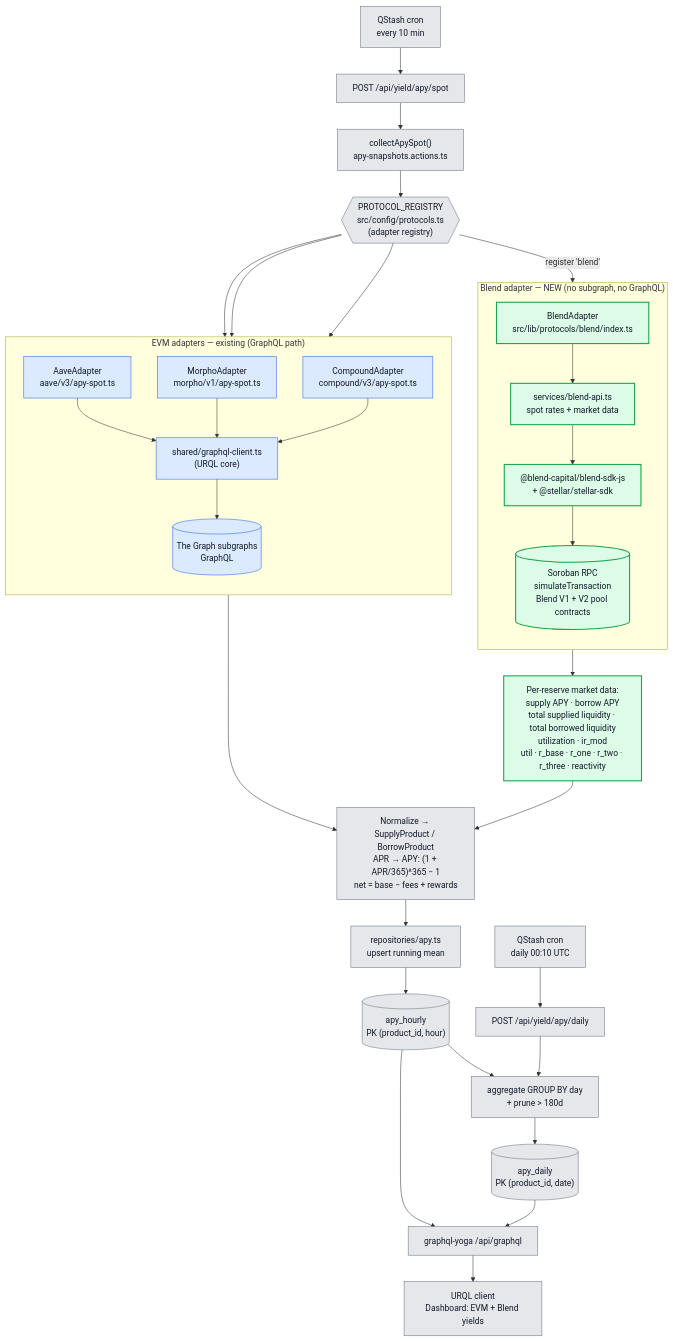
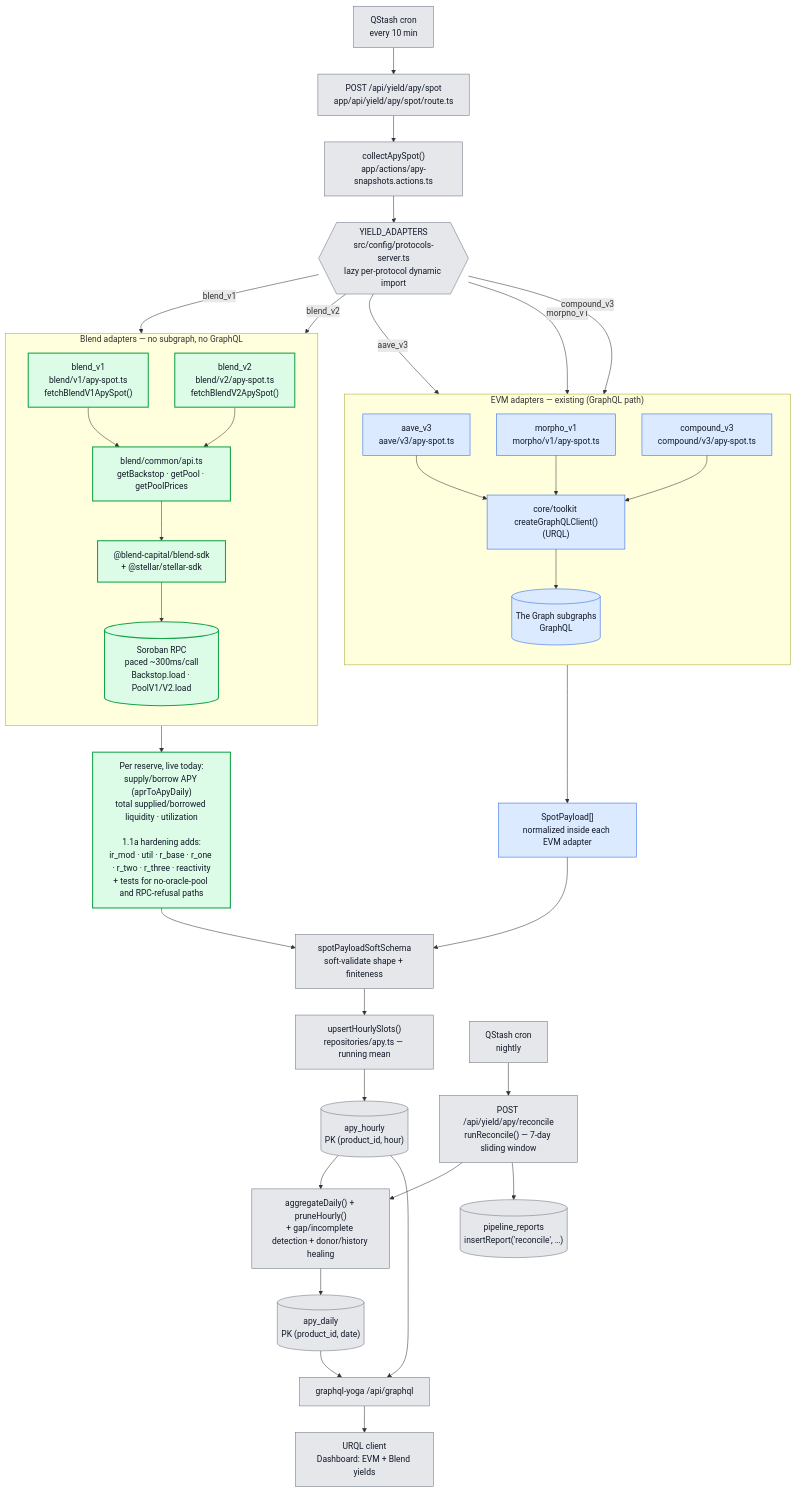
Before and after one commit to cedricmagne/lendwise: the first of 3 diagrams in docs/architecture-blend-flow.md, drawn with Mermaid. The commit also changed other lines of this file and 1 other file, not shown here.

Commit message:
chore: update architecture stellar & bland diagram

````diff
--- a/docs/architecture-blend-flow.md
+++ b/docs/architecture-blend-flow.md
@@ -10,67 +10,71 @@
 ```mermaid
 flowchart TD
     %% ---------- Triggers ----------
-    Cron["QStash cron<br/>every 10 min"] --> SpotRoute["POST /api/yield/apy/spot"]
-    SpotRoute --> Collect["collectApySpot()<br/>apy-snapshots.actions.ts"]
+    Cron["QStash cron<br/>every 10 min"] --> SpotRoute["POST /api/yield/apy/spot<br/>app/api/yield/apy/spot/route.ts"]
+    SpotRoute --> Collect["collectApySpot()<br/>app/actions/apy-snapshots.actions.ts"]
 
     %% ---------- Registry ----------
-    Collect --> Registry{{"PROTOCOL_REGISTRY<br/>src/config/protocols.ts<br/>(adapter registry)"}}
+    Collect --> Registry{{"YIELD_ADAPTERS<br/>src/config/protocols-server.ts<br/>lazy per-protocol dynamic import"}}
 
     %% ---------- EVM adapters (existing, GraphQL path) ----------
     subgraph EVM["EVM adapters — existing (GraphQL path)"]
         direction TB
-        Aave["AaveAdapter<br/>aave/v3/apy-spot.ts"]
-        Morpho["MorphoAdapter<br/>morpho/v1/apy-spot.ts"]
-        Compound["CompoundAdapter<br/>compound/v3/apy-spot.ts"]
-        GqlClient["shared/graphql-client.ts<br/>(URQL core)"]
+        Aave["aave_v3<br/>aave/v3/apy-spot.ts"]
+        Morpho["morpho_v1<br/>morpho/v1/apy-spot.ts"]
+        Compound["compound_v3<br/>compound/v3/apy-spot.ts"]
+        GqlClient["core/toolkit createGraphQLClient()<br/>(URQL)"]
         TheGraph[("The Graph subgraphs<br/>GraphQL")]
         Aave --> GqlClient
         Morpho --> GqlClient
         Compound --> GqlClient
         GqlClient --> TheGraph
     end
 
-    %% ---------- Blend adapter (NEW, non-GraphQL path) ----------
-    subgraph STELLAR["Blend adapter — NEW (no subgraph, no GraphQL)"]
+    %% ---------- Blend adapters (already implemented, non-GraphQL path, same uniform per-version layout as EVM) ----------
+    subgraph STELLAR["Blend adapters — no subgraph, no GraphQL"]
         direction TB
-        BlendAdapter["BlendAdapter<br/>src/lib/protocols/blend/index.ts"]
-        BlendSvc["services/blend-api.ts<br/>spot rates + market data"]
-        BlendSDK["@blend-capital/blend-sdk-js<br/>+ @stellar/stellar-sdk"]
-        SorobanRPC[("Soroban RPC<br/>simulateTransaction<br/>Blend V1 + V2 pool contracts")]
-        BlendAdapter --> BlendSvc --> BlendSDK --> SorobanRPC
+        BlendV1["blend_v1<br/>blend/v1/apy-spot.ts<br/>fetchBlendV1ApySpot()"]
+        BlendV2["blend_v2<br/>blend/v2/apy-spot.ts<br/>fetchBlendV2ApySpot()"]
+        BlendSvc["blend/common/api.ts<br/>getBackstop · getPool · getPoolPrices"]
+        BlendSDK["@blend-capital/blend-sdk<br/>+ @stellar/stellar-sdk"]
+        SorobanRPC[("Soroban RPC<br/>paced ~300ms/call<br/>Backstop.load · PoolV1/V2.load")]
+        BlendV1 --> BlendSvc
+        BlendV2 --> BlendSvc
+        BlendSvc --> BlendSDK --> SorobanRPC
     end
 
-    Registry --> Aave
-    Registry --> Morpho
-    Registry --> Compound
-    Registry -->|"register 'blend'"| BlendAdapter
+    Registry -->|"aave_v3"| Aave
+    Registry -->|"morpho_v1"| Morpho
+    Registry -->|"compound_v3"| Compound
+    Registry -->|"blend_v1"| BlendV1
+    Registry -->|"blend_v2"| BlendV2
 
-    %% ---------- Market data extracted per reserve (NEW) ----------
-    SorobanRPC --> BlendFields["Per-reserve market data:<br/>supply APY · borrow APY<br/>total supplied liquidity · total borrowed liquidity<br/>utilization · ir_mod<br/>util · r_base · r_one · r_two · r_three · reactivity"]
-
-    %% ---------- Normalization (shared, unchanged) ----------
-    TheGraph --> Normalize["Normalize → SupplyProduct / BorrowProduct<br/>APR → APY: (1 + APR/365)^365 − 1<br/>net = base − fees + rewards"]
-    BlendFields --> Normalize
+    %% ---------- Per-reserve market data — each adapter returns SpotPayload[] already normalized ----------
+    SorobanRPC --> BlendFields["Per reserve, live today:<br/>supply/borrow APY (aprToApyDaily)<br/>total supplied/borrowed liquidity · utilization<br/><br/>1.1a hardening adds:<br/>ir_mod · util · r_base · r_one · r_two · r_three · reactivity<br/>+ tests for no-oracle-pool and RPC-refusal paths"]
+    TheGraph --> EvmFields["SpotPayload[]<br/>normalized inside each EVM adapter"]
 
     %% ---------- Persistence (shared, unchanged) ----------
-    Normalize --> ApyRepo["repositories/apy.ts<br/>upsert running mean"]
+    EvmFields --> Validate["spotPayloadSoftSchema<br/>soft-validate shape + finiteness"]
+    BlendFields --> Validate
+    Validate --> ApyRepo["upsertHourlySlots()<br/>repositories/apy.ts — running mean"]
     ApyRepo --> Hourly[("apy_hourly<br/>PK (product_id, hour)")]
 
-    DailyCron["QStash cron<br/>daily 00:10 UTC"] --> DailyRoute["POST /api/yield/apy/daily"]
-    DailyRoute --> Aggregate["aggregate GROUP BY day<br/>+ prune > 180d"]
+    ReconcileCron["QStash cron<br/>nightly"] --> ReconcileRoute["POST /api/yield/apy/reconcile<br/>runReconcile() — 7-day sliding window"]
+    ReconcileRoute --> Aggregate["aggregateDaily() + pruneHourly()<br/>+ gap/incomplete detection + donor/history healing"]
     Hourly --> Aggregate --> Daily[("apy_daily<br/>PK (product_id, date)")]
+    ReconcileRoute --> Reports[("pipeline_reports<br/>insertReport('reconcile', …)")]
 
     %% ---------- Serving (shared, unchanged) ----------
     Hourly --> GraphQLServer["graphql-yoga /api/graphql"]
     Daily --> GraphQLServer
     GraphQLServer --> UI["URQL client<br/>Dashboard: EVM + Blend yields"]
 
     %% ---------- Styles ----------
     classDef core fill:#e5e7eb,stroke:#6b7280,color:#111827;
     classDef evm fill:#dbeafe,stroke:#2563eb,color:#111827;
     classDef stellar fill:#dcfce7,stroke:#16a34a,color:#111827,stroke-width:2px;
 
-    class Cron,SpotRoute,Collect,Registry,Normalize,ApyRepo,Hourly,DailyCron,DailyRoute,Aggregate,Daily,GraphQLServer,UI core;
-    class Aave,Morpho,Compound,GqlClient,TheGraph evm;
-    class BlendAdapter,BlendSvc,BlendSDK,SorobanRPC,BlendFields stellar;
+    class Cron,SpotRoute,Collect,Registry,Validate,ApyRepo,Hourly,ReconcileCron,ReconcileRoute,Aggregate,Daily,Reports,GraphQLServer,UI core;
+    class Aave,Morpho,Compound,GqlClient,TheGraph,EvmFields evm;
+    class BlendV1,BlendV2,BlendSvc,BlendSDK,SorobanRPC,BlendFields stellar;
 ```
````
